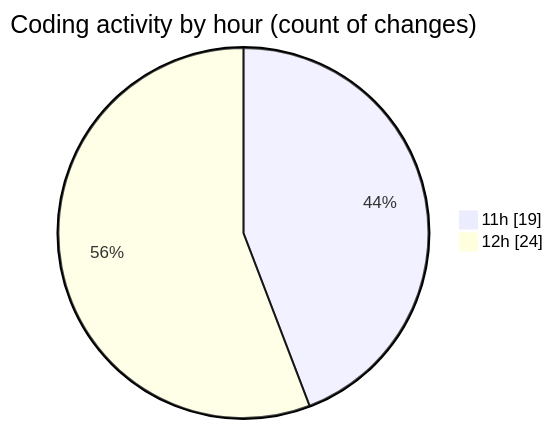
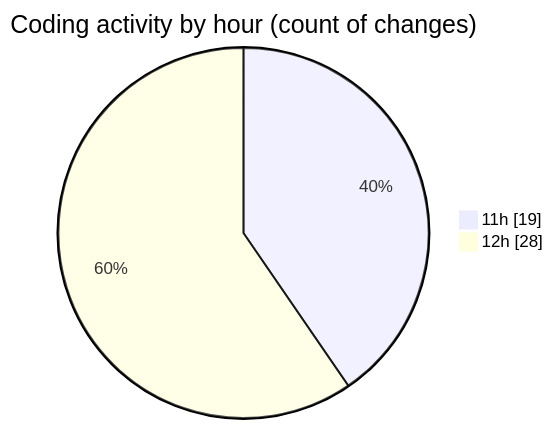
The second of 2 diagrams in 2025-10-20/scopecraft/README.md (Ritupan-Deka/code-tracking), drawn with Mermaid before and after one commit. The commit also changed other lines of this file and 1 other file, not shown here.

````diff
--- a/2025-10-20/scopecraft/README.md
+++ b/2025-10-20/scopecraft/README.md
@@ -37,6 +38,6 @@
 ```mermaid
 pie showData
 title Coding activity by hour (count of changes)
 "11h" : 19
-"12h" : 24
+"12h" : 28
 ```
````
